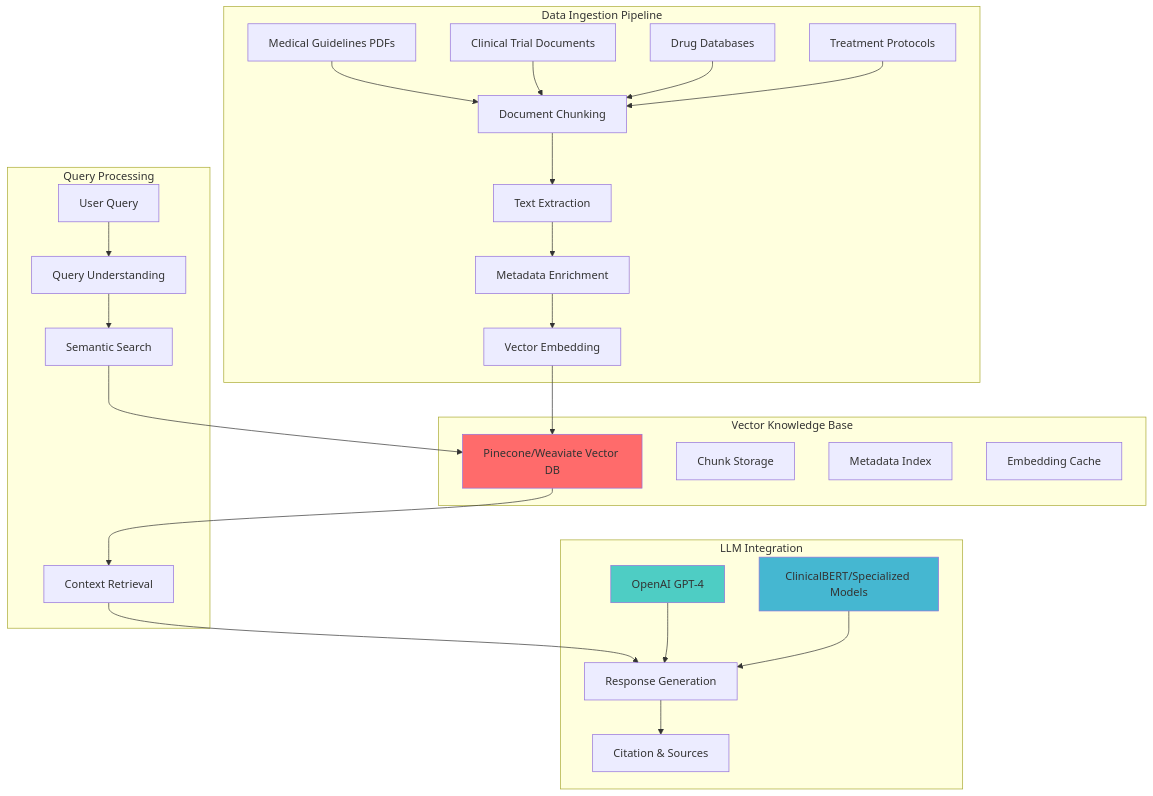
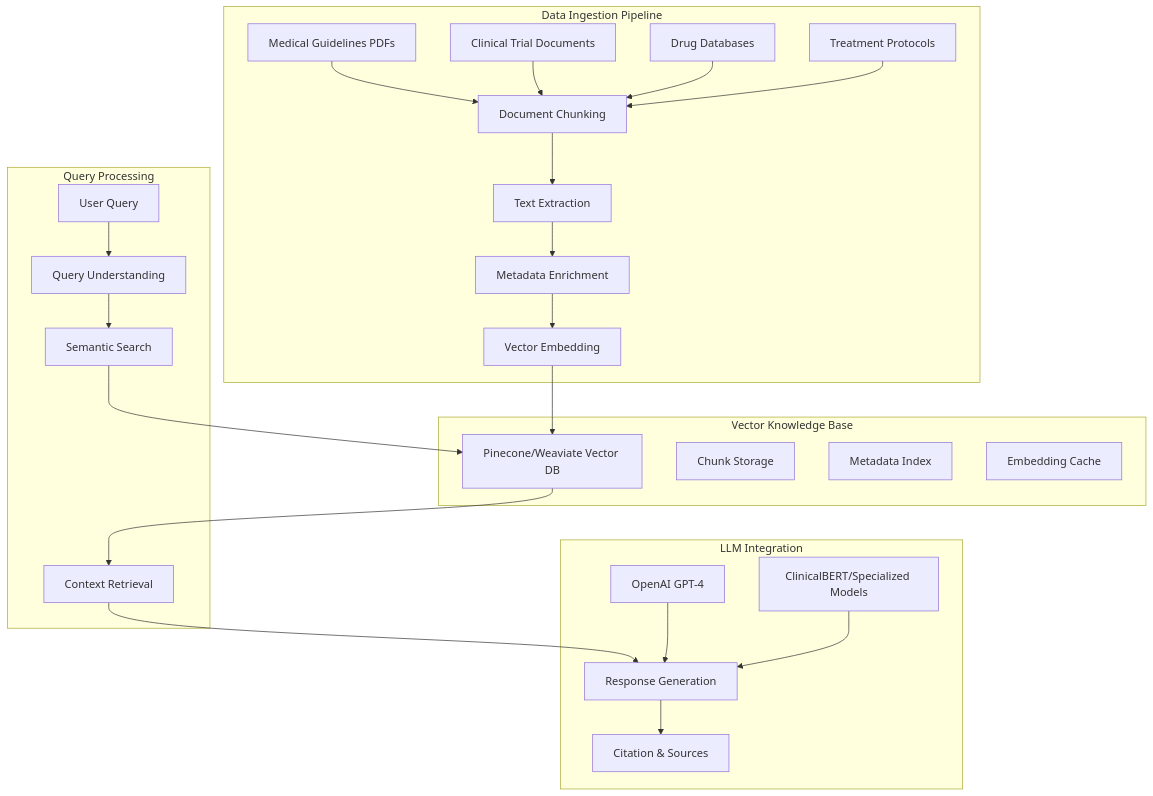
Before and after one commit to genewang/Ayuma: the ninth of 14 diagrams in ARCHITECTURE.md, drawn with Mermaid. The commit also changed other lines of this file and 2 other files, not shown here.

First line of the commit message:
docs: standardize Mermaid diagram styling across documentation

````diff
--- a/ARCHITECTURE.md
+++ b/ARCHITECTURE.md
@@ -515,54 +492,51 @@
 ```mermaid
 graph TB
     subgraph Data Ingestion Pipeline
         A[Medical Guidelines PDFs]
         B[Clinical Trial Documents]
         C[Drug Databases]
         D[Treatment Protocols]
 
         E[Document Chunking]
         F[Text Extraction]
         G[Metadata Enrichment]
         H[Vector Embedding]
     end
 
     subgraph Vector Knowledge Base
         I[Pinecone/Weaviate Vector DB]
         J[Chunk Storage]
         K[Metadata Index]
         L[Embedding Cache]
     end
 
     subgraph Query Processing
         M[User Query]
         N[Query Understanding]
         O[Semantic Search]
         P[Context Retrieval]
     end
 
     subgraph LLM Integration
         Q[OpenAI GPT-4]
         R[ClinicalBERT/Specialized Models]
         S[Response Generation]
         T[Citation & Sources]
     end
 
     A --> E
     B --> E
     C --> E
     D --> E
     E --> F --> G --> H
     H --> I
 
     M --> N --> O
     O --> I
     I --> P --> S
     S --> T
 
     Q --> S
     R --> S
 
-    style I fill:#ff6b6b
-    style Q fill:#4ecdc4
-    style R fill:#45b7d1
 ```
````
